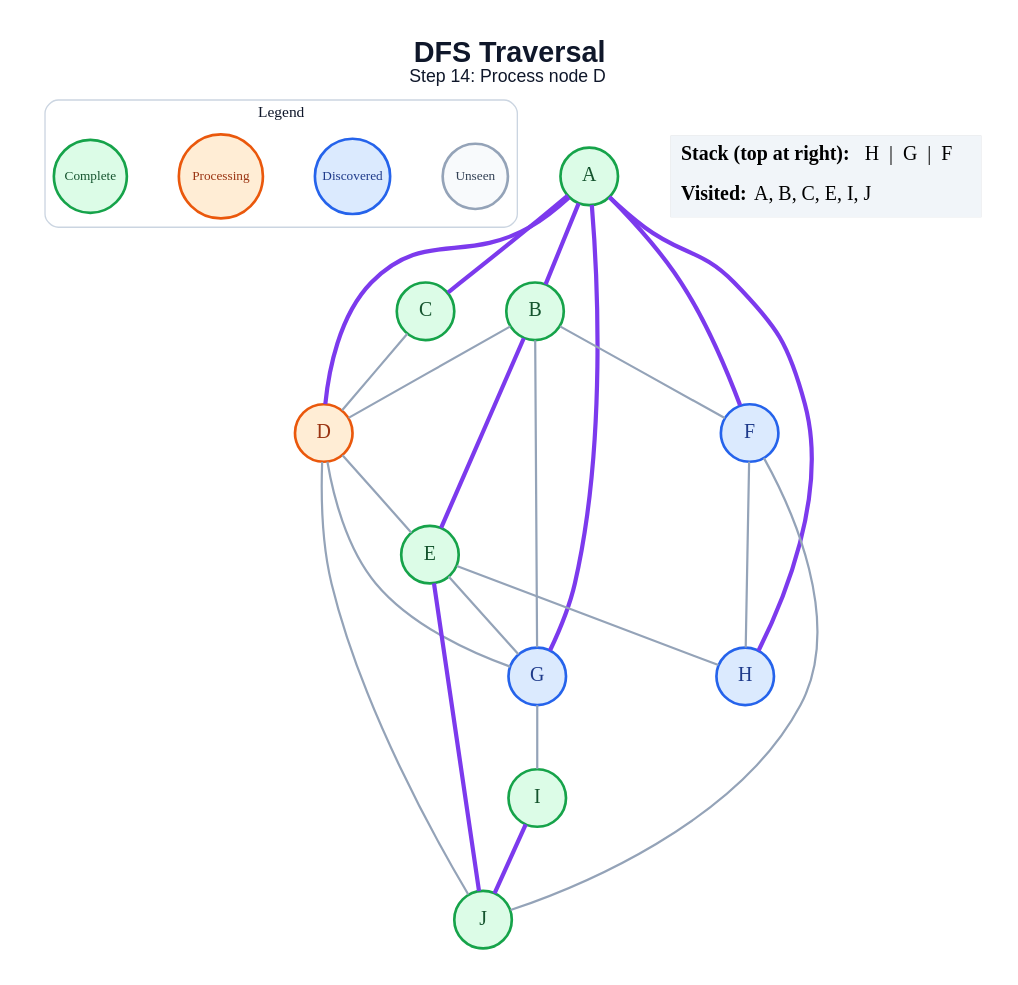
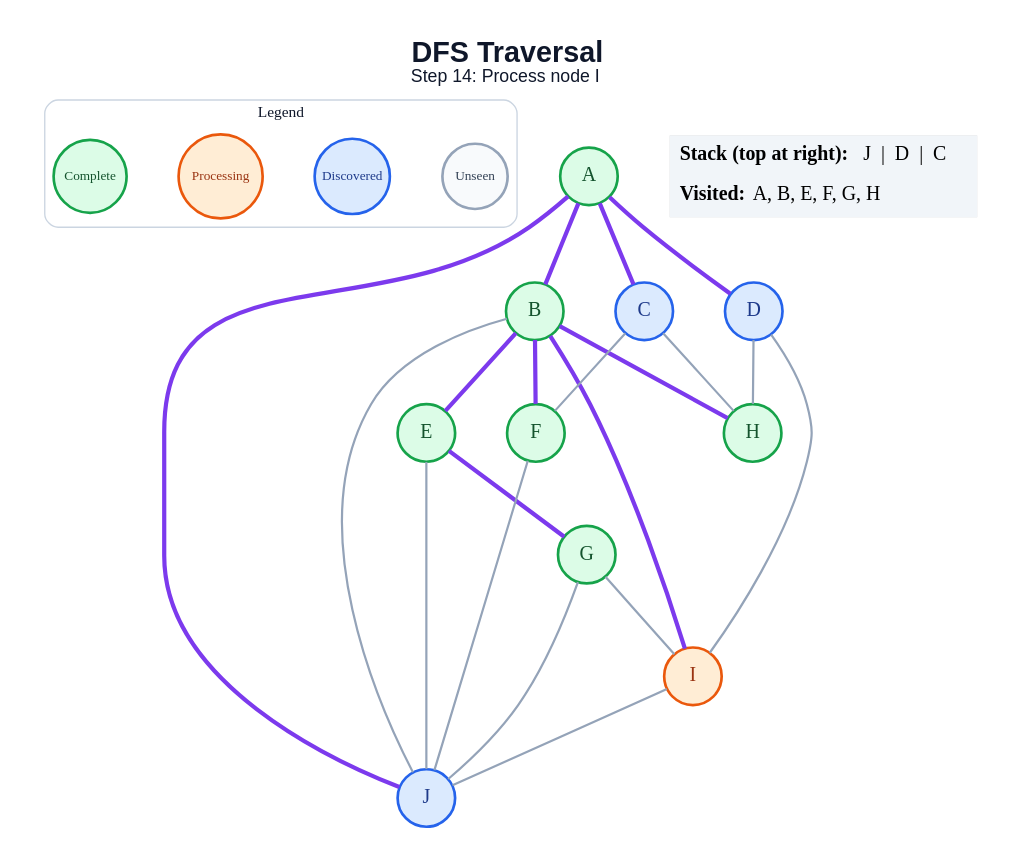
One commit to anon7238593-create/ai-slop changed the diagram in generated/dfs/step_14.dot. Above: the diagram before and after it, drawn with Graphviz. The commit also changed 171 other files, not shown here.

```diff
--- a/generated/dfs/step_14.dot
+++ b/generated/dfs/step_14.dot
@@ -1,50 +1,48 @@
 graph traversal {
   graph [layout=dot, rankdir=TB, bgcolor="#FFFFFF", pad="0.35", nodesep="0.65", ranksep="0.8", fontname="Arial"];
   node [shape=circle, style="filled", fontname="Arial Bold", fontsize=18, width=0.72, fixedsize=true, penwidth=2.4];
   edge [color="#94A3B8", penwidth=2.0];
-  label=<<B>DFS Traversal</B><BR/><FONT POINT-SIZE="16">Step 14: Process node D</FONT>>; labelloc="t"; fontsize=26; fontname="Arial"; fontcolor="#0F172A";
+  label=<<B>DFS Traversal</B><BR/><FONT POINT-SIZE="16">Step 14: Process node I</FONT>>; labelloc="t"; fontsize=26; fontname="Arial"; fontcolor="#0F172A";
   subgraph cluster_legend { label="Legend"; color="#CBD5E1"; penwidth=1.2; style="rounded"; fontsize=14; fontname="Arial Bold";
     key_unseen [label="Unseen", fillcolor="#F8FAFC", color="#94A3B8", fontcolor="#334155", fontsize=12, width=0.82];
     key_frontier [label="Discovered", fillcolor="#DBEAFE", color="#2563EB", fontcolor="#1E3A8A", fontsize=12, width=0.95];
     key_current [label="Processing", fillcolor="#FFEDD5", color="#EA580C", fontcolor="#9A3412", fontsize=12, width=1.05];
     key_done [label="Complete", fillcolor="#DCFCE7", color="#16A34A", fontcolor="#14532D", fontsize=12, width=0.92];
     { rank=same; key_unseen; key_frontier; key_current; key_done; }
   }
   A [fillcolor="#DCFCE7", color="#16A34A", fontcolor="#14532D"];
   B [fillcolor="#DCFCE7", color="#16A34A", fontcolor="#14532D"];
-  C [fillcolor="#DCFCE7", color="#16A34A", fontcolor="#14532D"];
-  D [fillcolor="#FFEDD5", color="#EA580C", fontcolor="#9A3412"];
+  C [fillcolor="#DBEAFE", color="#2563EB", fontcolor="#1E3A8A"];
+  D [fillcolor="#DBEAFE", color="#2563EB", fontcolor="#1E3A8A"];
   E [fillcolor="#DCFCE7", color="#16A34A", fontcolor="#14532D"];
-  F [fillcolor="#DBEAFE", color="#2563EB", fontcolor="#1E3A8A"];
-  G [fillcolor="#DBEAFE", color="#2563EB", fontcolor="#1E3A8A"];
-  H [fillcolor="#DBEAFE", color="#2563EB", fontcolor="#1E3A8A"];
-  I [fillcolor="#DCFCE7", color="#16A34A", fontcolor="#14532D"];
-  J [fillcolor="#DCFCE7", color="#16A34A", fontcolor="#14532D"];
+  F [fillcolor="#DCFCE7", color="#16A34A", fontcolor="#14532D"];
+  G [fillcolor="#DCFCE7", color="#16A34A", fontcolor="#14532D"];
+  H [fillcolor="#DCFCE7", color="#16A34A", fontcolor="#14532D"];
+  I [fillcolor="#FFEDD5", color="#EA580C", fontcolor="#9A3412"];
+  J [fillcolor="#DBEAFE", color="#2563EB", fontcolor="#1E3A8A"];
   A -- B [color="#7C3AED", penwidth=3.8];
   A -- C [color="#7C3AED", penwidth=3.8];
   A -- D [color="#7C3AED", penwidth=3.8];
-  A -- F [color="#7C3AED", penwidth=3.8];
-  A -- G [color="#7C3AED", penwidth=3.8];
-  A -- H [color="#7C3AED", penwidth=3.8];
-  B -- D;
+  A -- J [color="#7C3AED", penwidth=3.8];
   B -- E [color="#7C3AED", penwidth=3.8];
-  B -- F;
-  B -- G;
-  C -- D;
-  D -- E;
-  D -- G;
-  D -- J;
-  E -- G;
-  E -- H;
-  E -- J [color="#7C3AED", penwidth=3.8];
-  F -- H;
+  B -- F [color="#7C3AED", penwidth=3.8];
+  B -- H [color="#7C3AED", penwidth=3.8];
+  B -- I [color="#7C3AED", penwidth=3.8];
+  B -- J;
+  C -- F;
+  C -- H;
+  D -- H;
+  D -- I;
+  E -- G [color="#7C3AED", penwidth=3.8];
+  E -- J;
   F -- J;
   G -- I;
-  I -- J [color="#7C3AED", penwidth=3.8];
+  G -- J;
+  I -- J;
   status [shape=plain, fixedsize=false, width=0, height=0, margin=0, label=<
     <TABLE BORDER="0" CELLBORDER="0" CELLPADDING="7" BGCOLOR="#F1F5F9">
-      <TR><TD ALIGN="LEFT"><B>Stack (top at right):</B> H  |  G  |  F</TD></TR>
-      <TR><TD ALIGN="LEFT"><B>Visited:</B> A, B, C, E, I, J</TD></TR>
+      <TR><TD ALIGN="LEFT"><B>Stack (top at right):</B> J  |  D  |  C</TD></TR>
+      <TR><TD ALIGN="LEFT"><B>Visited:</B> A, B, E, F, G, H</TD></TR>
     </TABLE>
   >];
 }
```
